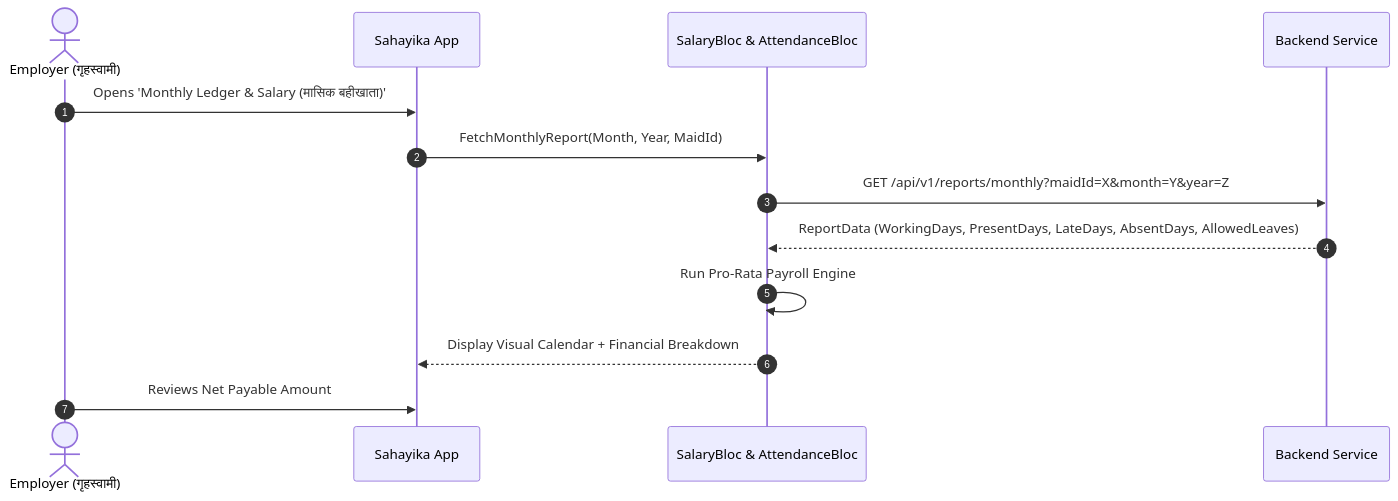
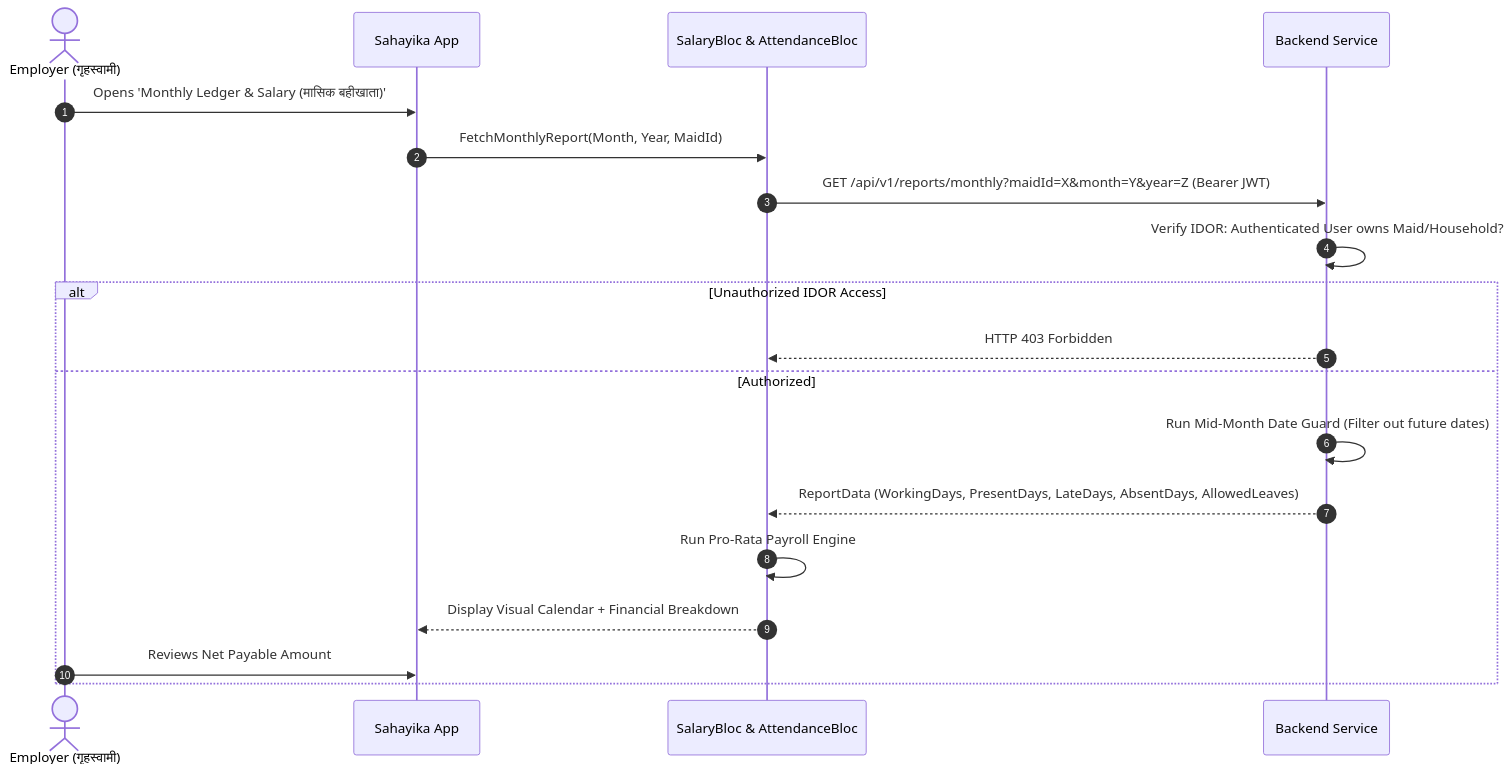
The eighth of 11 diagrams in docs/SAHAYIKA_RFP_FUNCTIONAL_FLOW.md (Anand9120/domestic-maid-attendance), drawn with Mermaid before and after one commit. The commit also changed other lines of this file, not shown here.

Commit message:
docs: update RFP and Functional Flow Specification to v4.0 with security audit, 56 tests, and keep-alive cloud deployment

````diff
--- a/docs/SAHAYIKA_RFP_FUNCTIONAL_FLOW.md
+++ b/docs/SAHAYIKA_RFP_FUNCTIONAL_FLOW.md
@@ -267,16 +273,22 @@
 ```mermaid
 sequenceDiagram
     autonumber
     actor Emp as Employer (गृहस्वामी)
     participant App as Sahayika App
     participant Bloc as SalaryBloc & AttendanceBloc
     participant API as Backend Service
 
     Emp->>App: Opens 'Monthly Ledger & Salary (मासिक बहीखाता)'
     App->>Bloc: FetchMonthlyReport(Month, Year, MaidId)
-    Bloc->>API: GET /api/v1/reports/monthly?maidId=X&month=Y&year=Z
-    API-->>Bloc: ReportData (WorkingDays, PresentDays, LateDays, AbsentDays, AllowedLeaves)
-    Bloc->>Bloc: Run Pro-Rata Payroll Engine
-    Bloc-->>App: Display Visual Calendar + Financial Breakdown
-    Emp->>App: Reviews Net Payable Amount
+    Bloc->>API: GET /api/v1/reports/monthly?maidId=X&month=Y&year=Z (Bearer JWT)
+    API->>API: Verify IDOR: Authenticated User owns Maid/Household?
+    alt Unauthorized IDOR Access
+        API-->>Bloc: HTTP 403 Forbidden
+    else Authorized
+        API->>API: Run Mid-Month Date Guard (Filter out future dates)
+        API-->>Bloc: ReportData (WorkingDays, PresentDays, LateDays, AbsentDays, AllowedLeaves)
+        Bloc->>Bloc: Run Pro-Rata Payroll Engine
+        Bloc-->>App: Display Visual Calendar + Financial Breakdown
+        Emp->>App: Reviews Net Payable Amount
+    end
 ```
````
